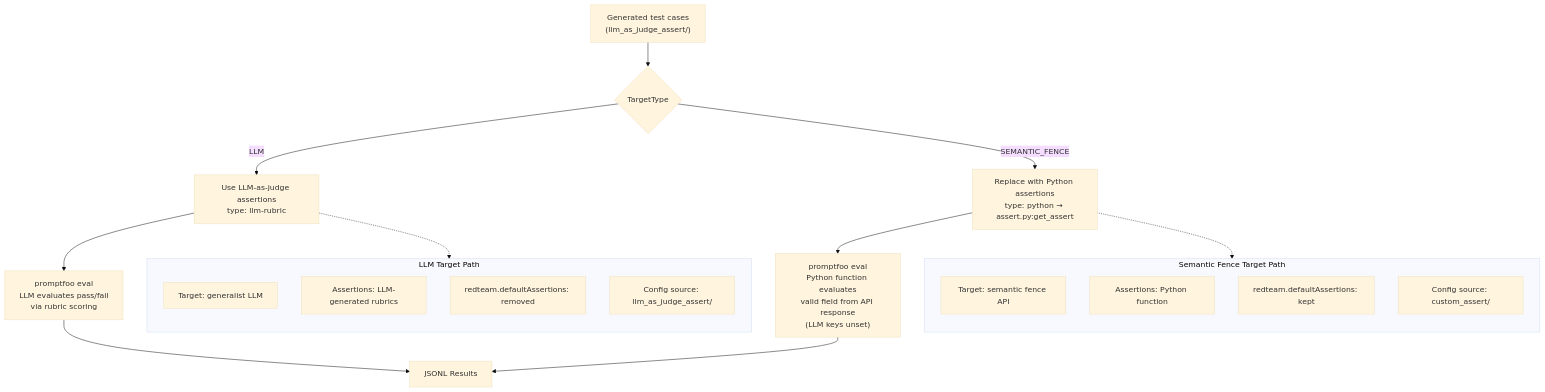
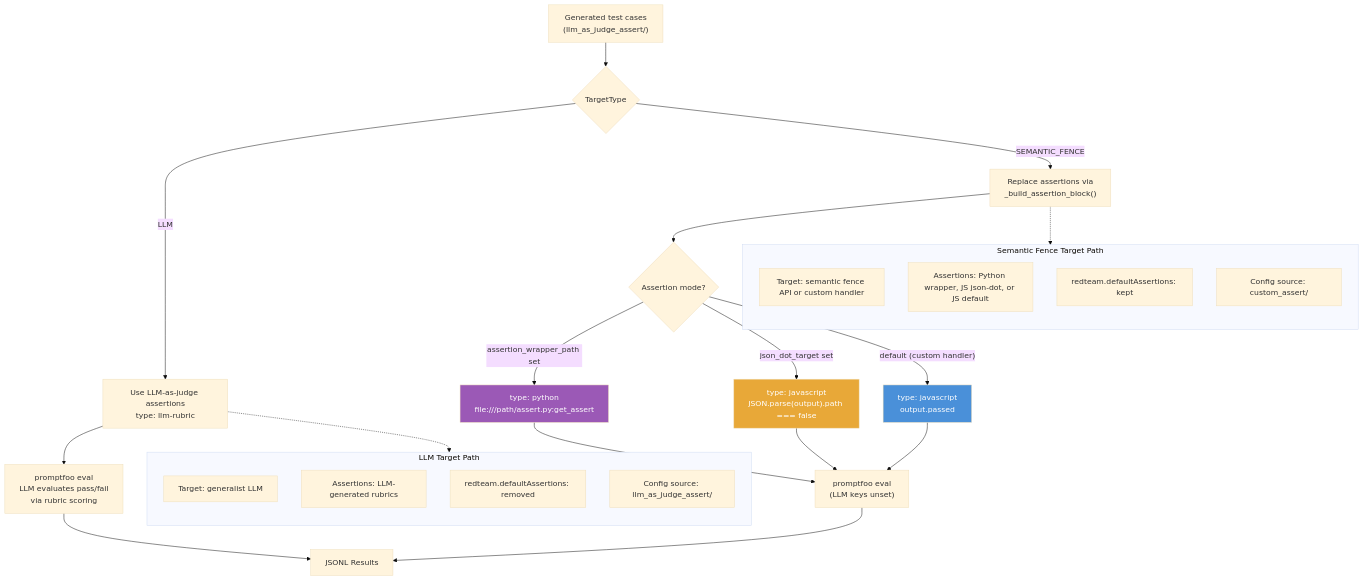
One commit to tekdatum/pen-tester-cli changed the seventh of 7 diagrams in docs/promptfoo.md. Above: the diagram before and after it, drawn with Mermaid (base theme). The commit also changed other lines of this file and 4 other files, not shown here.

First line of the commit message:
275 use json dot notation for assertions promptfoo (#43)

````diff
--- a/docs/promptfoo.md
+++ b/docs/promptfoo.md
@@ -504,32 +594,44 @@
 ```mermaid
 flowchart TD
     Config["Generated test cases\n(llm_as_judge_assert/)"] --> Decision{TargetType}
 
     Decision -->|LLM| LLMPath["Use LLM-as-judge assertions\ntype: llm-rubric"]
-    Decision -->|SEMANTIC_FENCE| SFPath["Replace with Python assertions\ntype: python → assert.py:get_assert"]
+    Decision -->|SEMANTIC_FENCE| SFPath["Replace assertions via\n_build_assertion_block()"]
 
     LLMPath --> LLMEval["promptfoo eval\nLLM evaluates pass/fail\nvia rubric scoring"]
-    SFPath --> SFEval["promptfoo eval\nPython function evaluates\nvalid field from API response\n(LLM keys unset)"]
+
+    SFPath --> AssertMode{"Assertion mode?"}
+    AssertMode -->|"assertion_wrapper_path set"| PythonEval["type: python\nfile:///path/assert.py:get_assert"]
+    AssertMode -->|"json_dot_target set"| JSJsonEval["type: javascript\nJSON.parse(output).path === false"]
+    AssertMode -->|"default (custom handler)"| JSDefaultEval["type: javascript\noutput.passed"]
+
+    PythonEval --> SFRun["promptfoo eval\n(LLM keys unset)"]
+    JSJsonEval --> SFRun
+    JSDefaultEval --> SFRun
 
     LLMEval --> Results["JSONL Results"]
-    SFEval --> Results
+    SFRun --> Results
 
     subgraph LLM_Detail ["LLM Target Path"]
         direction TB
         L1["Target: generalist LLM"]
         L2["Assertions: LLM-generated rubrics"]
         L3["redteam.defaultAssertions: removed"]
         L4["Config source: llm_as_judge_assert/"]
     end
 
     subgraph SF_Detail ["Semantic Fence Target Path"]
         direction TB
-        S1["Target: semantic fence API"]
-        S2["Assertions: Python function"]
+        S1["Target: semantic fence API or custom handler"]
+        S2["Assertions: Python wrapper, JS json-dot, or JS default"]
         S3["redteam.defaultAssertions: kept"]
         S4["Config source: custom_assert/"]
     end
 
     LLMPath -.-> LLM_Detail
     SFPath -.-> SF_Detail
+
+    style PythonEval fill:#9b59b6,color:#fff
+    style JSJsonEval fill:#e8a838,color:#fff
+    style JSDefaultEval fill:#4a90d9,color:#fff
 ```
````
